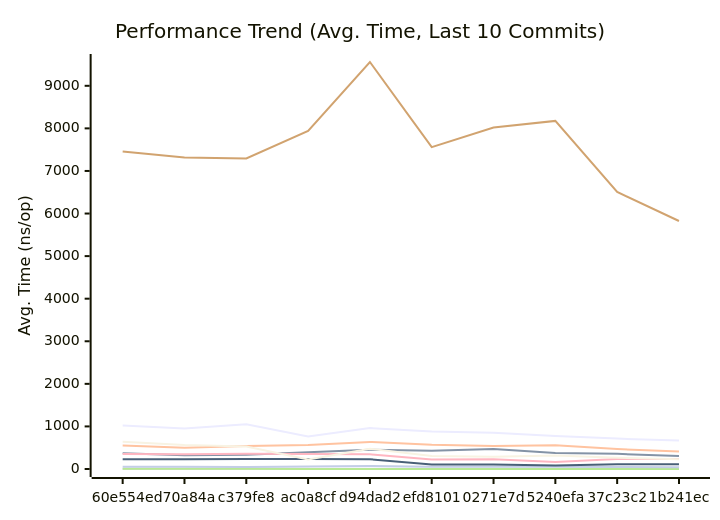
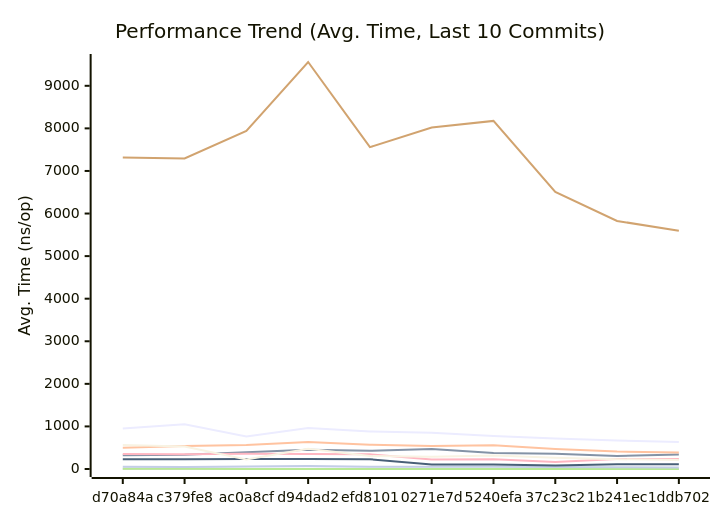
Before and after one commit to alsotoes/momo: the first of 3 diagrams in docs/PERFORMANCE.md, drawn with Mermaid. The commit also changed other lines of this file and 2 other files, not shown here.

````diff
--- a/docs/PERFORMANCE.md
+++ b/docs/PERFORMANCE.md
@@ -128,18 +128,18 @@
 ```mermaid
 xychart-beta
     title "Performance Trend (Avg. Time, Last 10 Commits)"
     x-axis "Commit"
     y-axis "Avg. Time (ns/op)"
-    x-axis [60e554e,d70a84a,c379fe8,ac0a8cf,d94dad2,efd8101,0271e7d,5240efa,37c23c2,1b241ec]
-    line "CheckMetricsAndSwap" [9,10,9,8,11,12,11,8,7,7]
-    line "CrushOptimized" [372,323,332,396,452,428,468,378,356,305]
-    line "CrushOriginal" [550,499,539,566,637,571,542,558,469,409]
-    line "IndexDirectTracking" [0,0,0,0,0,1,1,0,0,0]
-    line "IndexSearch" [3,4,3,2,2,2,2,2,2,2]
-    line "LoadGlobalConfig" [7459,7314,7292,7939,9559,7558,8021,8176,6507,5825]
-    line "PadString" [51,51,49,57,70,53,52,53,47,39]
+    x-axis [d70a84a,c379fe8,ac0a8cf,d94dad2,efd8101,0271e7d,5240efa,37c23c2,1b241ec,1ddb702]
+    line "CheckMetricsAndSwap" [10,9,8,11,12,11,8,7,7,7]
+    line "CrushOptimized" [323,332,396,452,428,468,378,356,305,338]
+    line "CrushOriginal" [499,539,566,637,571,542,558,469,409,387]
+    line "IndexDirectTracking" [0,0,0,0,1,1,0,0,0,0]
+    line "IndexSearch" [4,3,2,2,2,2,2,2,2,1]
+    line "LoadGlobalConfig" [7314,7292,7939,9559,7558,8021,8176,6507,5825,5598]
+    line "PadString" [51,49,57,70,53,52,53,47,39,36]
     line "ParseReplicationOrder_NoPrealloc" [350,349,357,354,345,225,229,165,232,234]
     line "ParseReplicationOrder_Prealloc" [229,231,237,234,229,108,107,80,110,109]
-    line "SanitizeLog/Safe" [640,566,529,226,474,303,288,316,266,229]
-    line "SanitizeLog/Unsafe" [1023,951,1050,761,960,883,849,775,714,667]
+    line "SanitizeLog/Safe" [566,529,226,474,303,288,316,266,229,212]
+    line "SanitizeLog/Unsafe" [951,1050,761,960,883,849,775,714,667,636]
 ```
````
